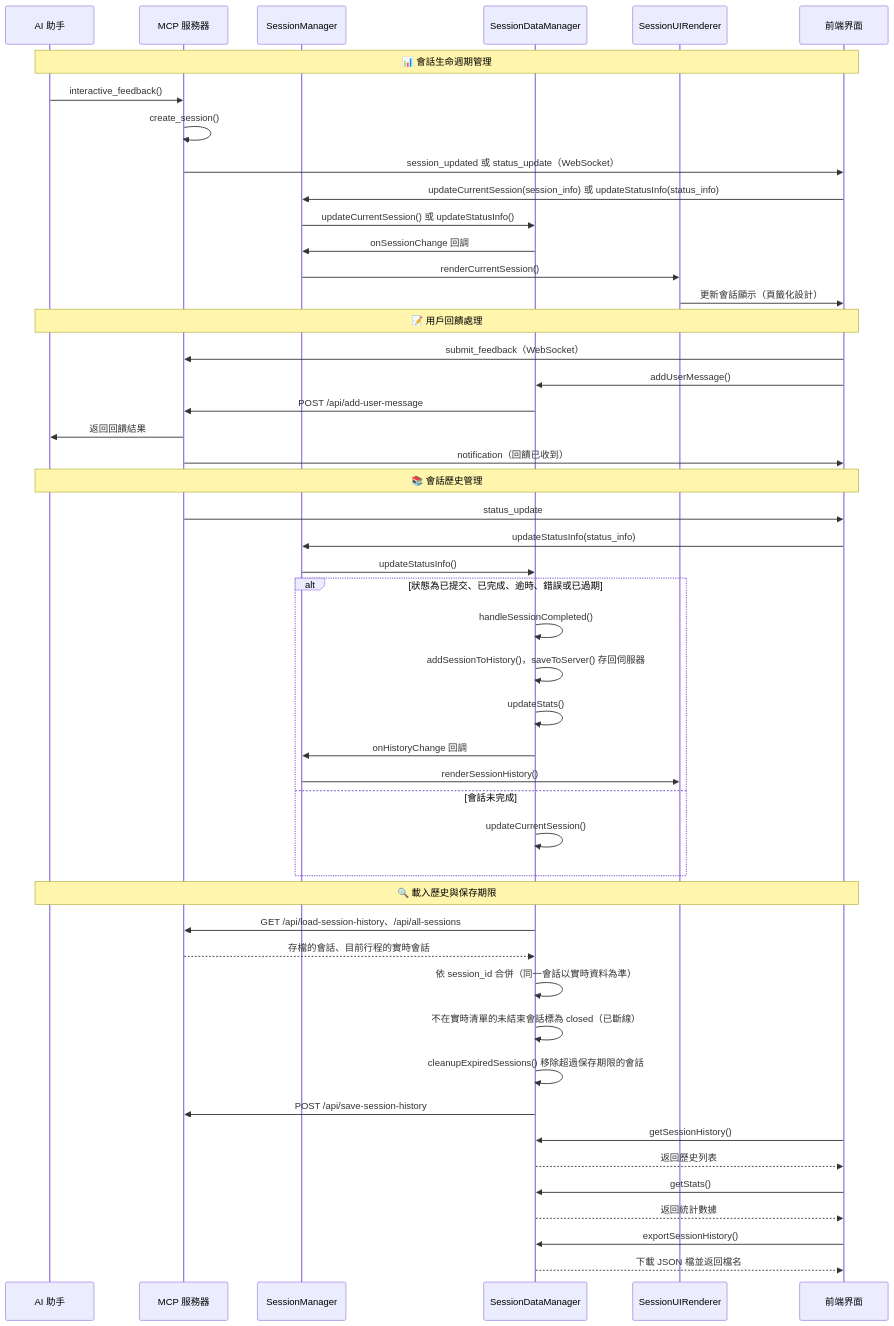
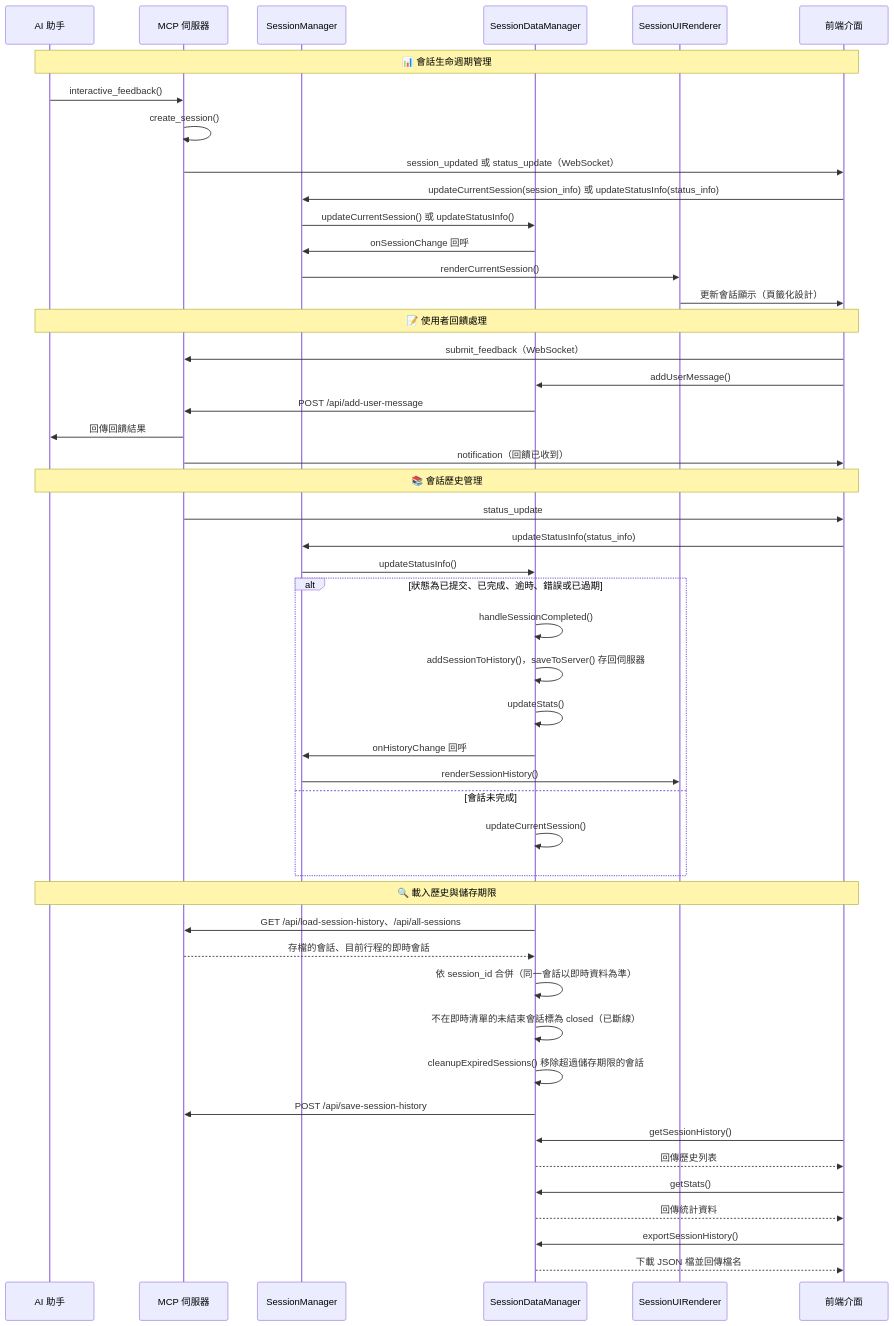
One commit to CloudEngineHub/mcp-feedback-enhanced changed the eighth of 12 diagrams in docs/architecture/interaction-flows.md. Above: the diagram before and after it, drawn with Mermaid. The commit also changed other lines of this file, not shown here.

````diff
--- a/docs/architecture/interaction-flows.md
+++ b/docs/architecture/interaction-flows.md
@@ -372,54 +372,54 @@
 ```mermaid
 sequenceDiagram
     participant AI as AI 助手
-    participant Server as MCP 服務器
+    participant Server as MCP 伺服器
     participant SM as SessionManager
     participant SDM as SessionDataManager
     participant SUR as SessionUIRenderer
-    participant UI as 前端界面
+    participant UI as 前端介面
 
     Note over AI,UI: 📊 會話生命週期管理
     AI->>Server: interactive_feedback()
     Server->>Server: create_session()
     Server->>UI: session_updated 或 status_update（WebSocket）
     UI->>SM: updateCurrentSession(session_info) 或 updateStatusInfo(status_info)
     SM->>SDM: updateCurrentSession() 或 updateStatusInfo()
-    SDM->>SM: onSessionChange 回調
+    SDM->>SM: onSessionChange 回呼
     SM->>SUR: renderCurrentSession()
     SUR->>UI: 更新會話顯示（頁籤化設計）
 
-    Note over AI,UI: 📝 用戶回饋處理
+    Note over AI,UI: 📝 使用者回饋處理
     UI->>Server: submit_feedback（WebSocket）
     UI->>SDM: addUserMessage()
     SDM->>Server: POST /api/add-user-message
-    Server->>AI: 返回回饋結果
+    Server->>AI: 回傳回饋結果
     Server->>UI: notification（回饋已收到）
 
     Note over AI,UI: 📚 會話歷史管理
     Server->>UI: status_update
     UI->>SM: updateStatusInfo(status_info)
     SM->>SDM: updateStatusInfo()
     alt 狀態為已提交、已完成、逾時、錯誤或已過期
         SDM->>SDM: handleSessionCompleted()
         SDM->>SDM: addSessionToHistory()，saveToServer() 存回伺服器
         SDM->>SDM: updateStats()
-        SDM->>SM: onHistoryChange 回調
+        SDM->>SM: onHistoryChange 回呼
         SM->>SUR: renderSessionHistory()
     else 會話未完成
         SDM->>SDM: updateCurrentSession()
     end
 
-    Note over AI,UI: 🔍 載入歷史與保存期限
+    Note over AI,UI: 🔍 載入歷史與儲存期限
     SDM->>Server: GET /api/load-session-history、/api/all-sessions
-    Server-->>SDM: 存檔的會話、目前行程的實時會話
-    SDM->>SDM: 依 session_id 合併（同一會話以實時資料為準）
-    SDM->>SDM: 不在實時清單的未結束會話標為 closed（已斷線）
-    SDM->>SDM: cleanupExpiredSessions() 移除超過保存期限的會話
+    Server-->>SDM: 存檔的會話、目前行程的即時會話
+    SDM->>SDM: 依 session_id 合併（同一會話以即時資料為準）
+    SDM->>SDM: 不在即時清單的未結束會話標為 closed（已斷線）
+    SDM->>SDM: cleanupExpiredSessions() 移除超過儲存期限的會話
     SDM->>Server: POST /api/save-session-history
     UI->>SDM: getSessionHistory()
-    SDM-->>UI: 返回歷史列表
+    SDM-->>UI: 回傳歷史列表
     UI->>SDM: getStats()
-    SDM-->>UI: 返回統計數據
+    SDM-->>UI: 回傳統計資料
     UI->>SDM: exportSessionHistory()
-    SDM-->>UI: 下載 JSON 檔並返回檔名
+    SDM-->>UI: 下載 JSON 檔並回傳檔名
 ```
````
